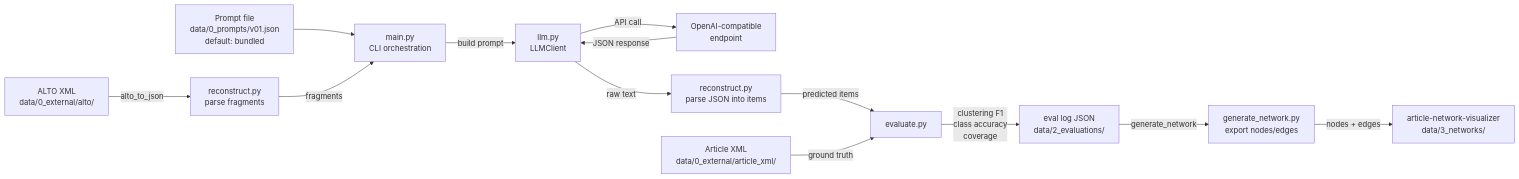
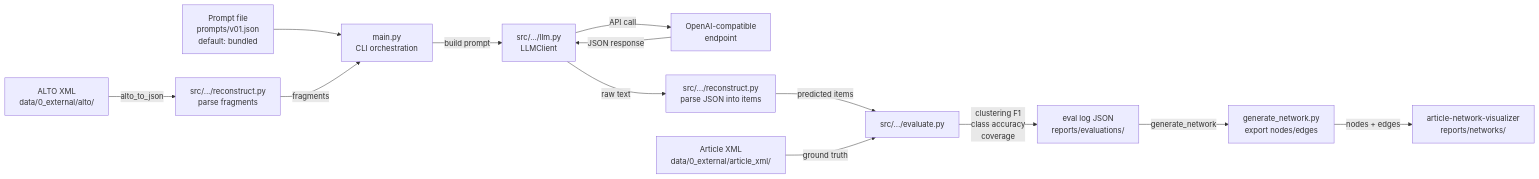
One commit to jmiguelv/newspaper-reconstructor changed the diagram in README.md. Above: the diagram before and after it, drawn with Mermaid. The commit also changed other lines of this file, not shown here.

````diff
--- a/README.md
+++ b/README.md
@@ -9,15 +9,15 @@
 ```mermaid
 flowchart LR
-    ALTO["ALTO XML<br/>data/0_external/alto/"] -->|alto_to_json| RECON["reconstruct.py<br/>parse fragments"]
-    PROMPT["Prompt file<br/>data/0_prompts/v01.json<br/>default: bundled"] --> MAIN["main.py<br/>CLI orchestration"]
+    ALTO["ALTO XML<br/>data/0_external/alto/"] -->|alto_to_json| RECON["src/.../reconstruct.py<br/>parse fragments"]
+    PROMPT["Prompt file<br/>prompts/v01.json<br/>default: bundled"] --> MAIN["main.py<br/>CLI orchestration"]
     RECON -->|fragments| MAIN["main.py<br/>CLI orchestration"]
-    MAIN -->|build prompt| LLM["llm.py<br/>LLMClient"]
+    MAIN -->|build prompt| LLM["src/.../llm.py<br/>LLMClient"]
     LLM -->|API call| API["OpenAI-compatible<br/>endpoint"]
     API -->|JSON response| LLM
-    LLM -->|raw text| RECON2["reconstruct.py<br/>parse JSON into items"]
-    RECON2 -->|predicted items| EVAL["evaluate.py"]
+    LLM -->|raw text| RECON2["src/.../reconstruct.py<br/>parse JSON into items"]
+    RECON2 -->|predicted items| EVAL["src/.../evaluate.py"]
     ARTXML["Article XML<br/>data/0_external/article_xml/"] -->|ground truth| EVAL
-    EVAL -->|clustering F1<br/>class accuracy<br/>coverage| LOG["eval log JSON<br/>data/2_evaluations/"]
+    EVAL -->|clustering F1<br/>class accuracy<br/>coverage| LOG["eval log JSON<br/>reports/evaluations/"]
     LOG -->|generate_network| NET["generate_network.py<br/>export nodes/edges"]
-    NET -->|nodes + edges| VIZ["article-network-visualizer<br/>data/3_networks/"]
+    NET -->|nodes + edges| VIZ["article-network-visualizer<br/>reports/networks/"]
 ```
````
